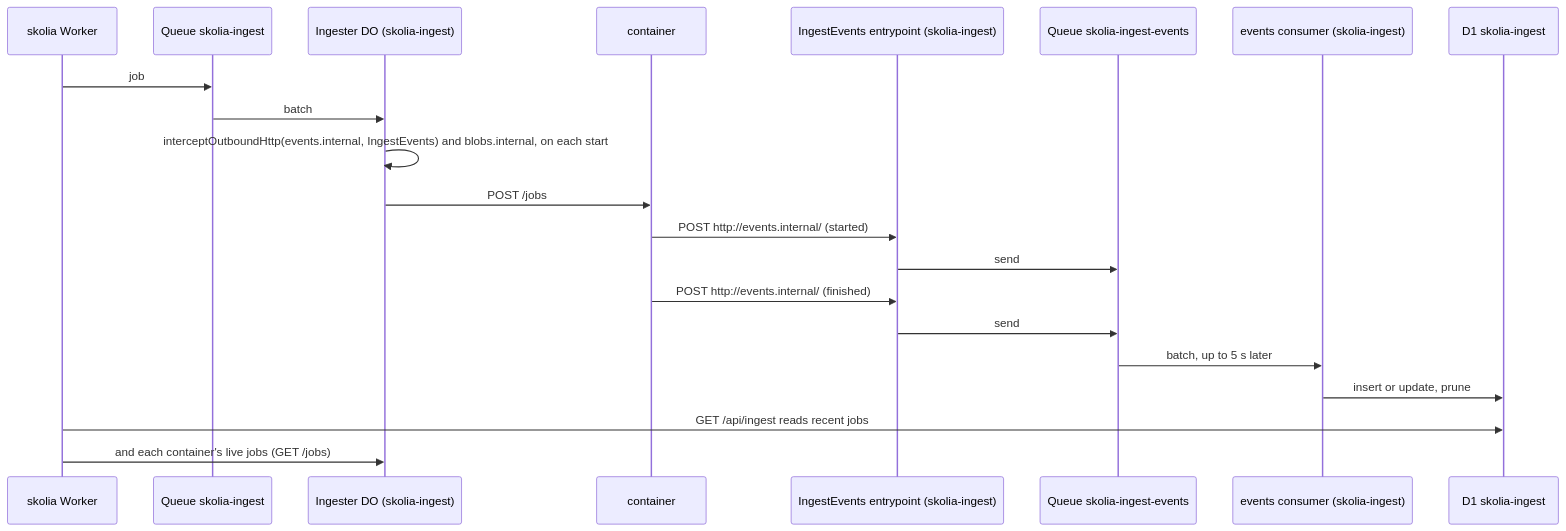
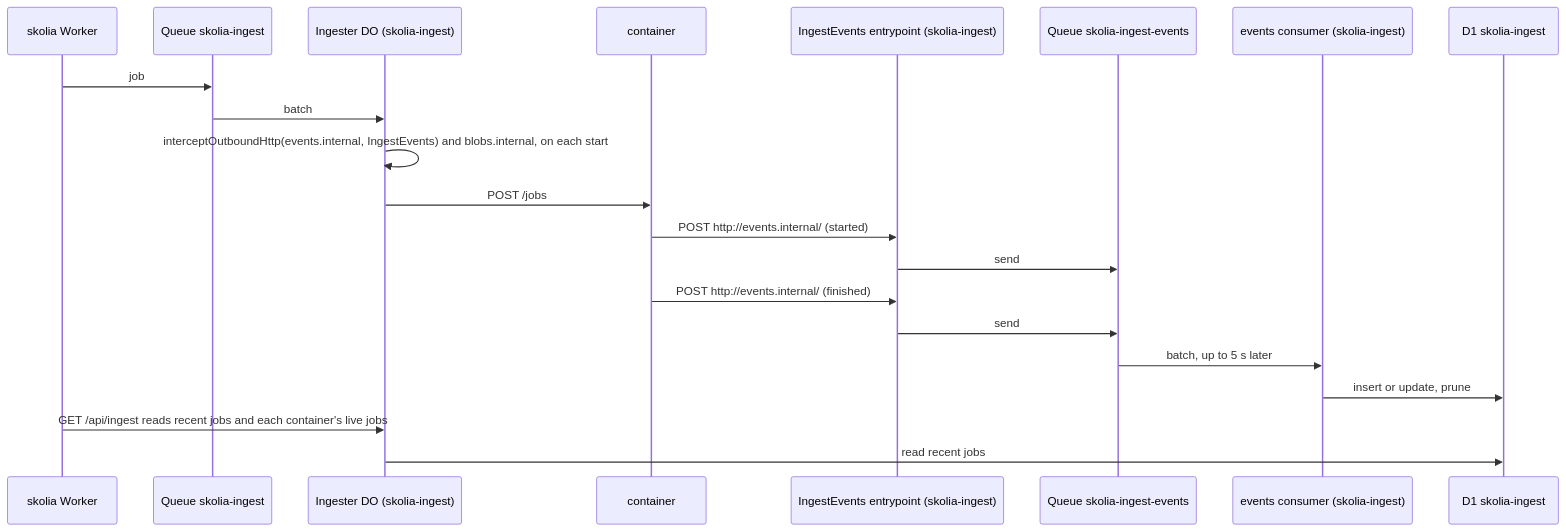
The second of 3 diagrams in ARCHITECTURE.md (skolia-io/skolia), drawn with Mermaid before and after one commit. The commit also changed other lines of this file and 14 other files, not shown here.

````diff
--- a/ARCHITECTURE.md
+++ b/ARCHITECTURE.md
@@ -74,23 +75,23 @@
 ```mermaid
 sequenceDiagram
   participant API as skolia Worker
   participant Q as Queue skolia-ingest
   participant DO as Ingester DO (skolia-ingest)
   participant C as container
   participant EV as IngestEvents entrypoint (skolia-ingest)
   participant QE as Queue skolia-ingest-events
   participant ECON as events consumer (skolia-ingest)
   participant IDB as D1 skolia-ingest
   API->>Q: job
   Q->>DO: batch
   DO->>DO: interceptOutboundHttp(events.internal, IngestEvents) and blobs.internal, on each start
   DO->>C: POST /jobs
   C->>EV: POST http://events.internal/ (started)
   EV->>QE: send
   C->>EV: POST http://events.internal/ (finished)
   EV->>QE: send
   QE->>ECON: batch, up to 5 s later
   ECON->>IDB: insert or update, prune
-  API->>IDB: GET /api/ingest reads recent jobs
-  API->>DO: and each container's live jobs (GET /jobs)
+  API->>DO: GET /api/ingest reads recent jobs and each container's live jobs
+  DO->>IDB: read recent jobs
 ```
````
